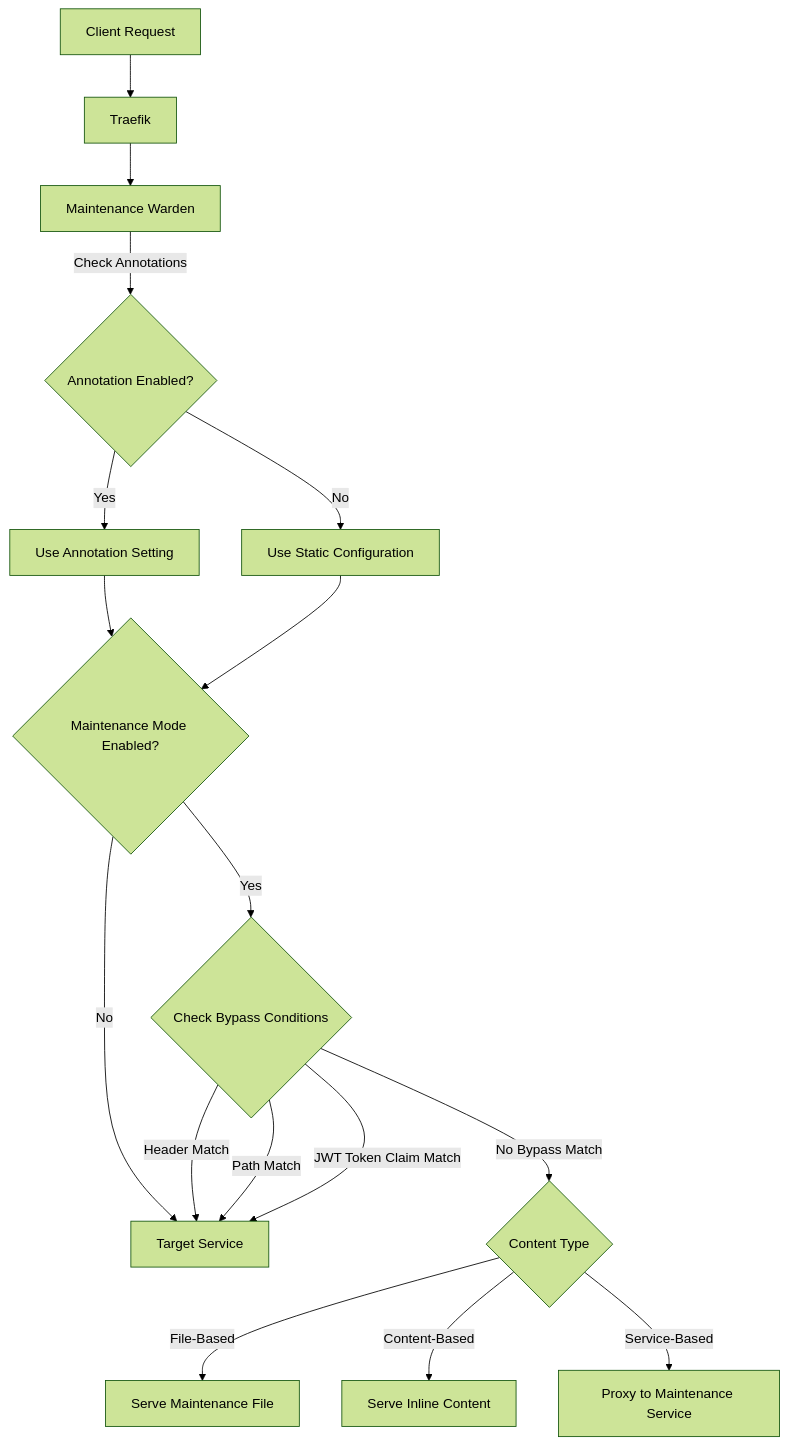
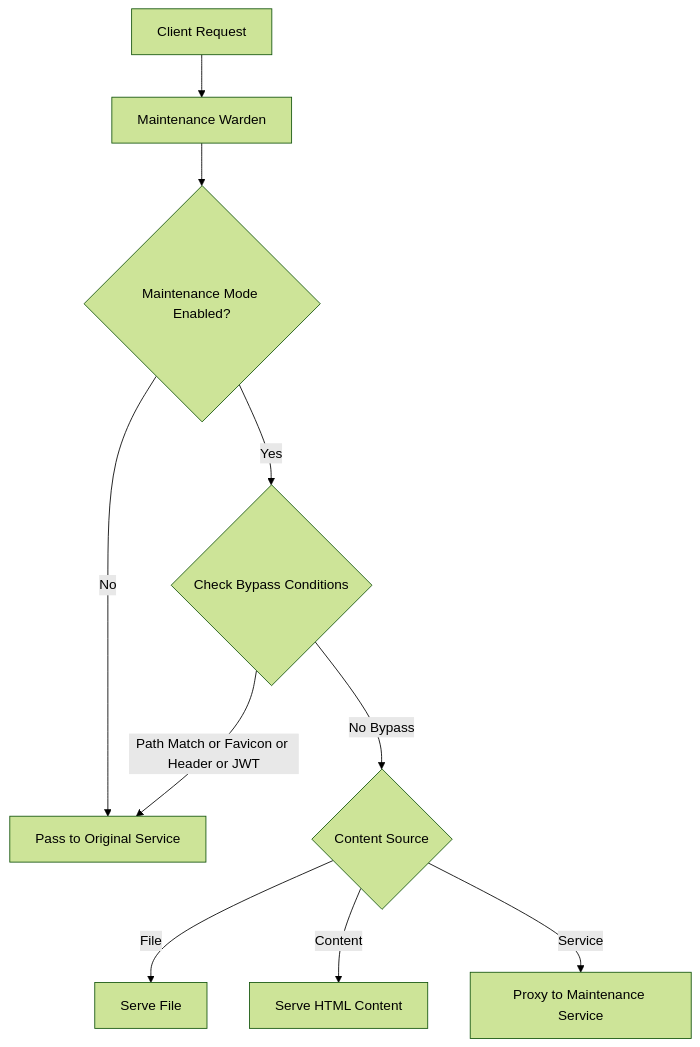
One commit to TechAlchemistry/traefik-maintenance-warden changed the diagram in spec/technical_overview.md. Above: the diagram before and after it, drawn with Mermaid (forest theme). The commit also changed other lines of this file and 6 other files, not shown here.

Commit message:
Remove enabledAnnotation feature due to reliability issues

````diff
--- a/spec/technical_overview.md
+++ b/spec/technical_overview.md
@@ -47,19 +67,12 @@
 ```mermaid
 flowchart TB
-    A[Client Request] --> B[Traefik]
-    B --> C[Maintenance Warden]
-    C -->|Check Annotations| CC{Annotation Enabled?}
-    CC -->|Yes| CCC[Use Annotation Setting]
-    CC -->|No| CCC2[Use Static Configuration]
-    CCC --> D2{Maintenance Mode Enabled?}
-    CCC2 --> D2
-    D2 -->|No| D[Target Service]
-    D2 -->|Yes| E{Check Bypass Conditions}
-    E -->|Header Match| D
-    E -->|Path Match| D
-    E -->|JWT Token Claim Match| D
-    E -->|No Bypass Match| F{Content Type}
-    F -->|File-Based| G[Serve Maintenance File]
-    F -->|Content-Based| I[Serve Inline Content]
-    F -->|Service-Based| H[Proxy to Maintenance Service]
+    A[Client Request] --> B[Maintenance Warden]
+    B --> C{Maintenance Mode Enabled?}
+    C -->|No| D[Pass to Original Service]
+    C -->|Yes| E{Check Bypass Conditions}
+    E -->|Path Match or Favicon or Header or JWT| D
+    E -->|No Bypass| F{Content Source}
+    F -->|File| G[Serve File]
+    F -->|Content| H[Serve HTML Content]
+    F -->|Service| I[Proxy to Maintenance Service]
 ```
````
